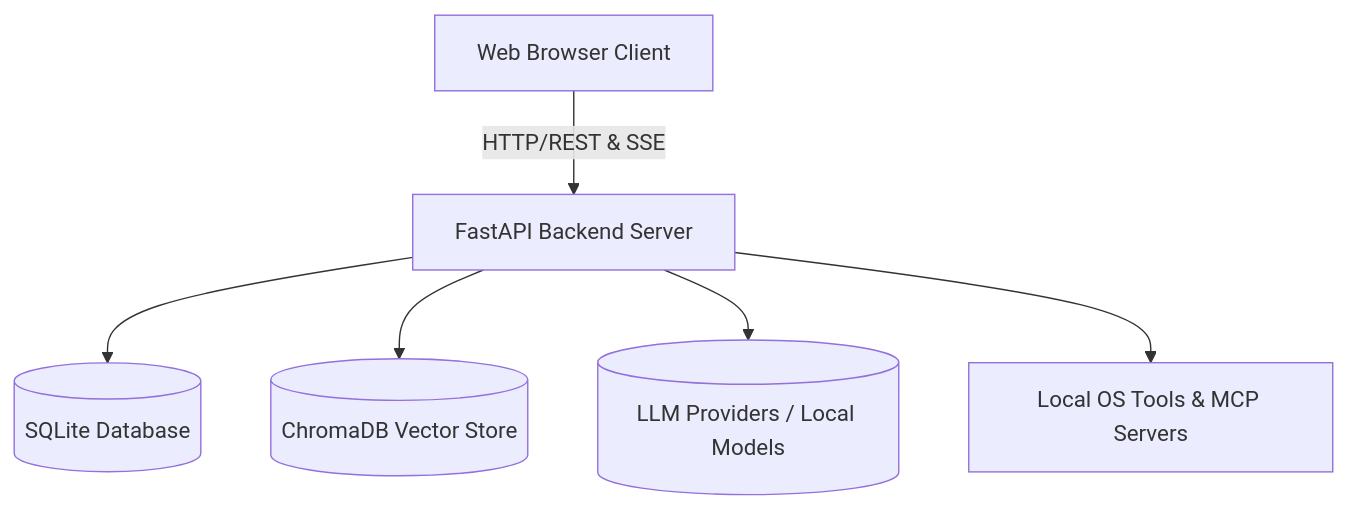
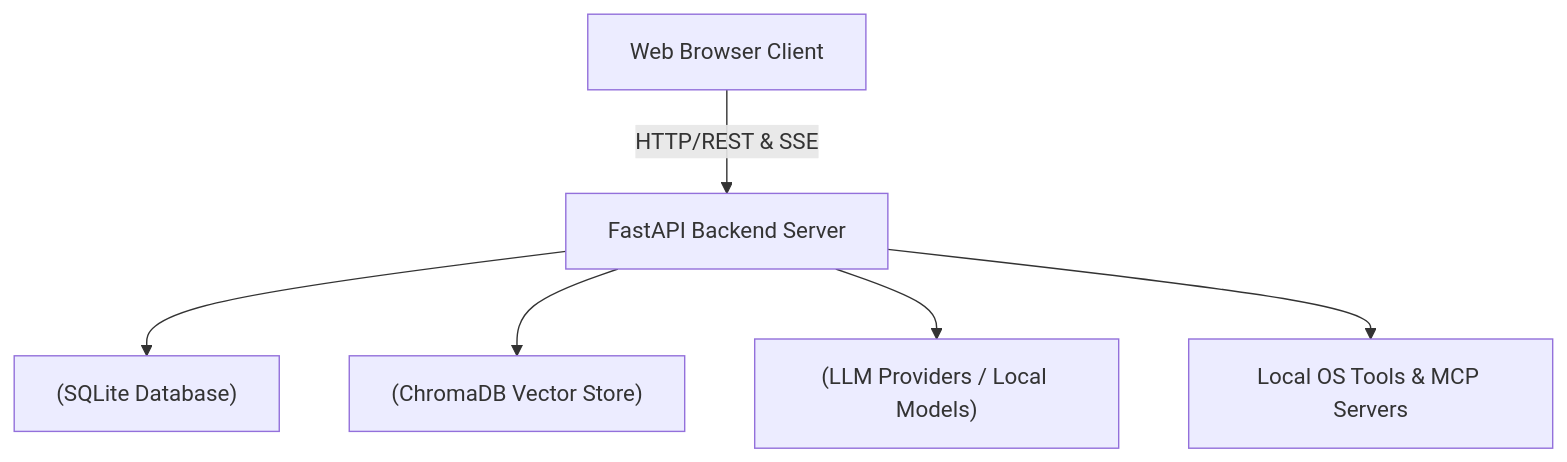
Before and after one commit to odysseus-dev/odysseus: the first of 27 diagrams in docs/ARCHITECTURE.md, drawn with Mermaid. The commit also changed other lines of this file and 1 other file, not shown here.

First line of the commit message:
docs: perfect architecture document file references, formatting, and diagrams

````diff
--- a/docs/ARCHITECTURE.md
+++ b/docs/ARCHITECTURE.md
@@ -1099,8 +1109,8 @@
 ```mermaid
 graph TD
-    Client[Web Browser Client] -->|HTTP/REST & SSE| FastAPI[FastAPI Backend Server]
-    FastAPI --> DB[(SQLite Database)]
-    FastAPI --> ChromaDB[(ChromaDB Vector Store)]
-    FastAPI --> LLM[(LLM Providers / Local Models)]
-    FastAPI --> OS[Local OS Tools & MCP Servers]
+    Client["Web Browser Client"] -->|HTTP/REST & SSE| FastAPI["FastAPI Backend Server"]
+    FastAPI --> DB["(SQLite Database)"]
+    FastAPI --> ChromaDB["(ChromaDB Vector Store)"]
+    FastAPI --> LLM["(LLM Providers / Local Models)"]
+    FastAPI --> OS["Local OS Tools & MCP Servers"]
 ```
````
